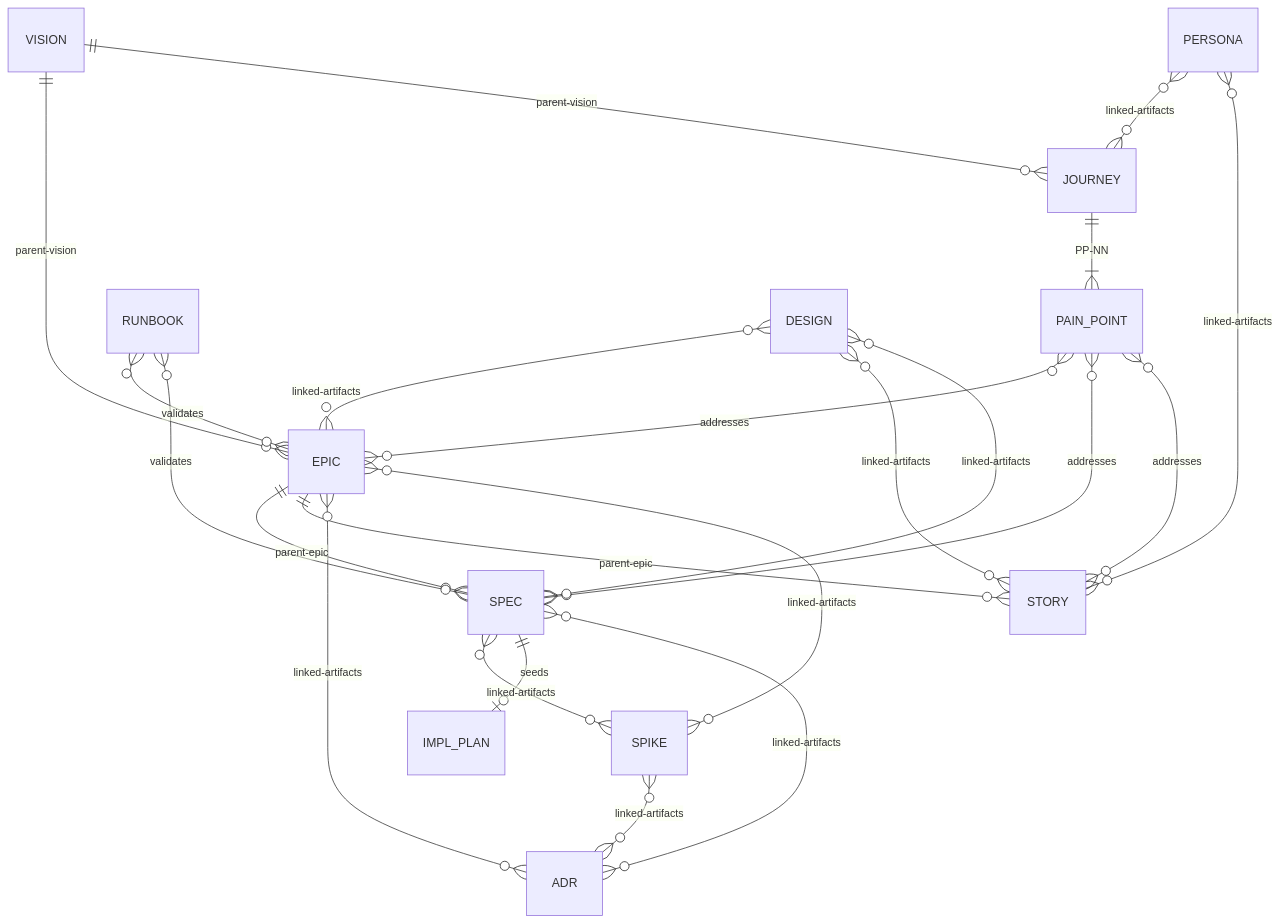
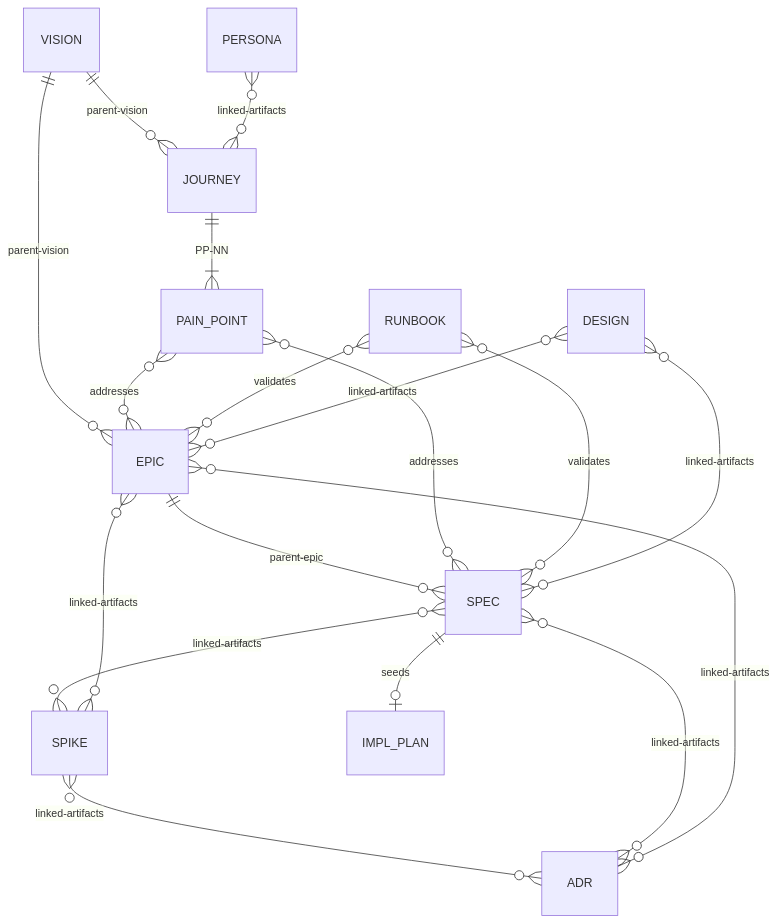
The diagram in skills/swain-design/references/relationship-model.md (cristoslc/swain), drawn with Mermaid before and after one commit. The commit also changed other lines of this file and 21 other files, not shown here.

````diff
--- a/skills/swain-design/references/relationship-model.md
+++ b/skills/swain-design/references/relationship-model.md
@@ -3,24 +3,20 @@
 ```mermaid
 erDiagram
     VISION ||--o{ EPIC : "parent-vision"
     VISION ||--o{ JOURNEY : "parent-vision"
     EPIC ||--o{ SPEC : "parent-epic"
-    EPIC ||--o{ STORY : "parent-epic"
     JOURNEY ||--|{ PAIN_POINT : "PP-NN"
     PAIN_POINT }o--o{ EPIC : "addresses"
     PAIN_POINT }o--o{ SPEC : "addresses"
-    PAIN_POINT }o--o{ STORY : "addresses"
     PERSONA }o--o{ JOURNEY : "linked-artifacts"
-    PERSONA }o--o{ STORY : "linked-artifacts"
     ADR }o--o{ SPEC : "linked-artifacts"
     ADR }o--o{ EPIC : "linked-artifacts"
     SPEC }o--o{ SPIKE : "linked-artifacts"
     SPEC ||--o| IMPL_PLAN : "seeds"
     RUNBOOK }o--o{ EPIC : "validates"
     RUNBOOK }o--o{ SPEC : "validates"
     SPIKE }o--o{ ADR : "linked-artifacts"
     SPIKE }o--o{ EPIC : "linked-artifacts"
     DESIGN }o--o{ EPIC : "linked-artifacts"
-    DESIGN }o--o{ STORY : "linked-artifacts"
     DESIGN }o--o{ SPEC : "linked-artifacts"
 ```
````
